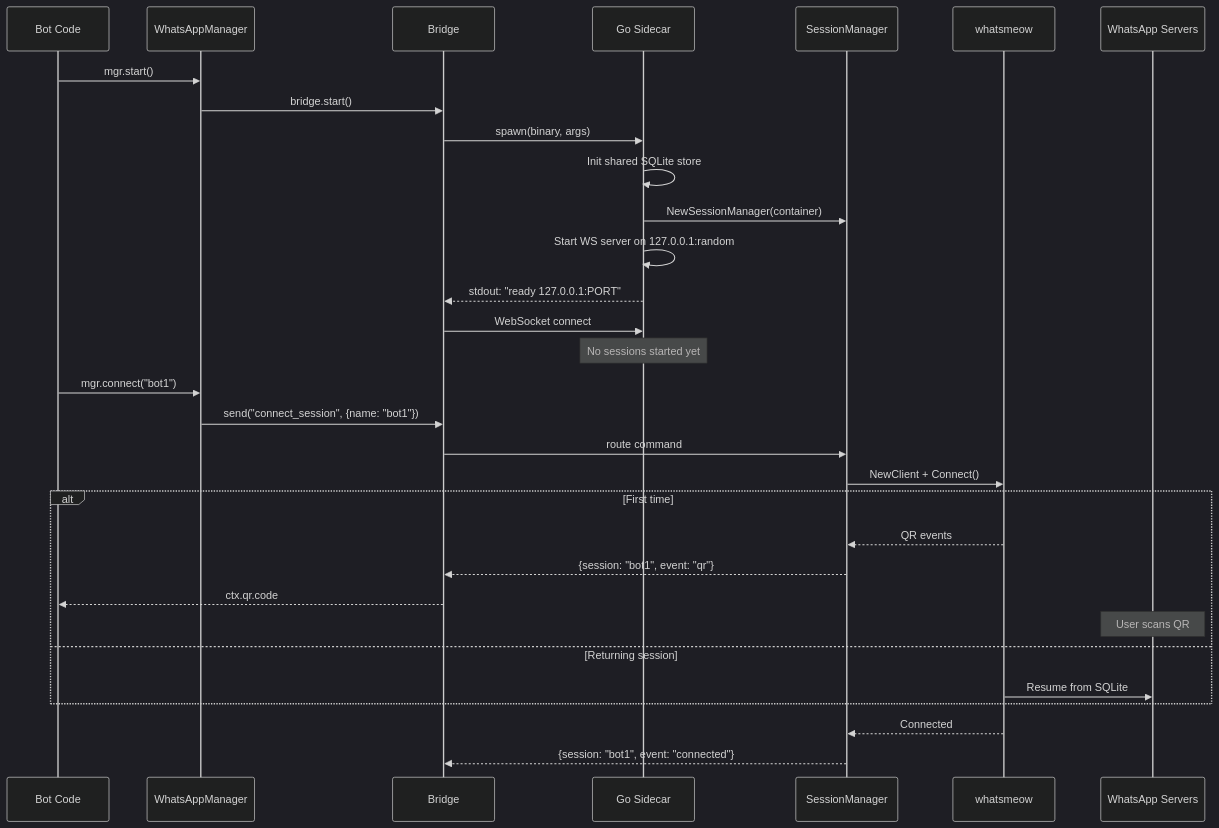
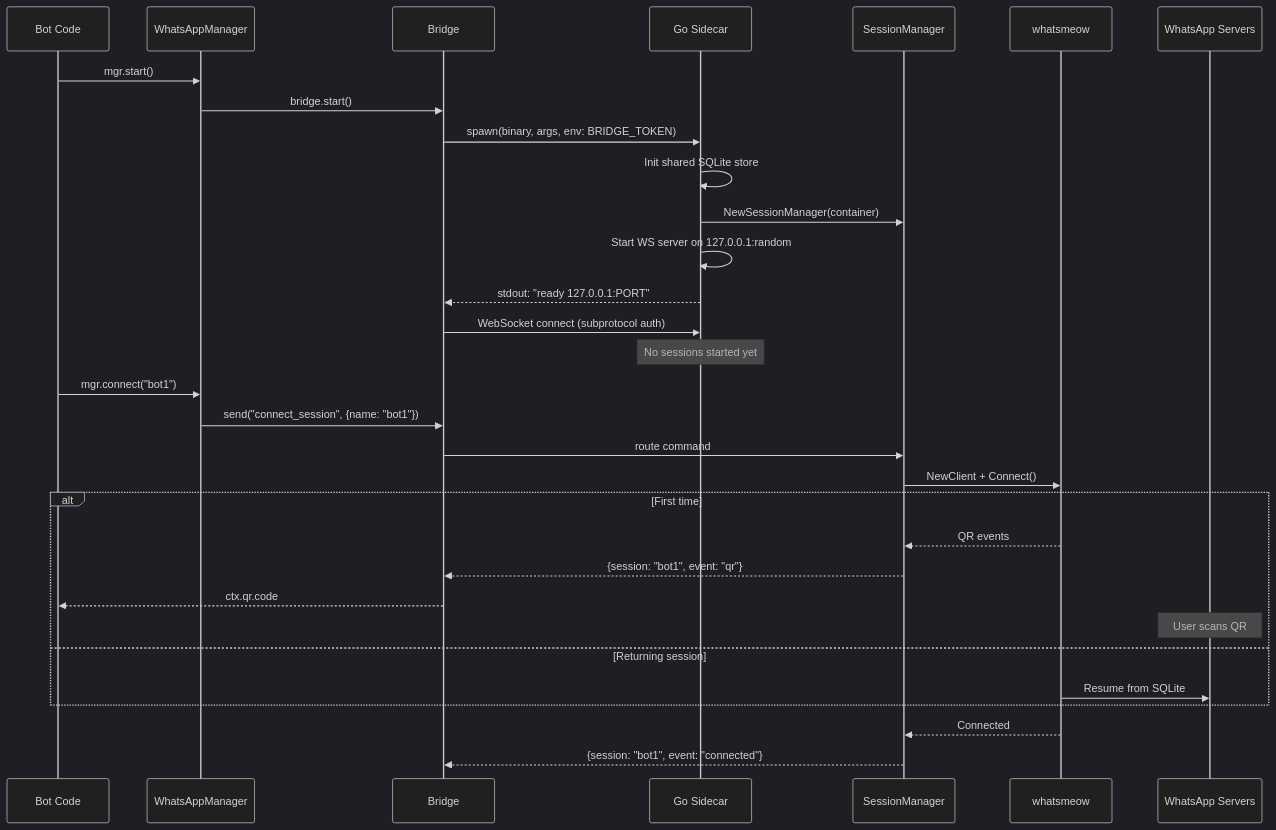
Before and after one commit to ArnabXD/whatspurr: the second of 4 diagrams in docs/guide/architecture.md, drawn with Mermaid (dark theme). The commit also changed other lines of this file and 9 other files, not shown here.

````diff
--- a/docs/guide/architecture.md
+++ b/docs/guide/architecture.md
@@ -70,37 +70,37 @@
 ```mermaid
 sequenceDiagram
     participant Bot as Bot Code
     participant Mgr as WhatsAppManager
     participant Bridge as Bridge
     participant Go as Go Sidecar
     participant SM as SessionManager
     participant WM as whatsmeow
     participant WS as WhatsApp Servers
 
     Bot->>Mgr: mgr.start()
     Mgr->>Bridge: bridge.start()
-    Bridge->>Go: spawn(binary, args)
+    Bridge->>Go: spawn(binary, args, env: BRIDGE_TOKEN)
     Go->>Go: Init shared SQLite store
     Go->>SM: NewSessionManager(container)
     Go->>Go: Start WS server on 127.0.0.1:random
     Go-->>Bridge: stdout: "ready 127.0.0.1:PORT"
-    Bridge->>Go: WebSocket connect
+    Bridge->>Go: WebSocket connect (subprotocol auth)
     Note over Go: No sessions started yet
 
     Bot->>Mgr: mgr.connect("bot1")
     Mgr->>Bridge: send("connect_session", {name: "bot1"})
     Bridge->>SM: route command
     SM->>WM: NewClient + Connect()
 
     alt First time
         WM-->>SM: QR events
         SM-->>Bridge: {session: "bot1", event: "qr"}
         Bridge-->>Bot: ctx.qr.code
         Note over WS: User scans QR
     else Returning session
         WM->>WS: Resume from SQLite
     end
 
     WM-->>SM: Connected
     SM-->>Bridge: {session: "bot1", event: "connected"}
 ```
````
